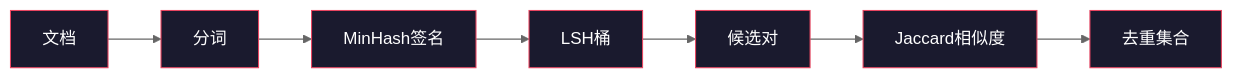
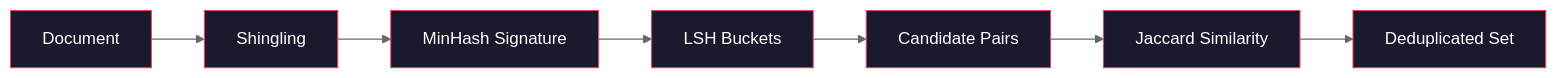
The second of 3 diagrams in i18n/zh/phases/10-llms-from-scratch/03-data-pipelines/docs/zh.md (xiaojiaenen/ai-engineering-from-scratch-zh), drawn with Mermaid (neutral theme) before and after one commit. The commit also changed other lines of this file and 24 other files, not shown here.

````diff
--- a/i18n/zh/phases/10-llms-from-scratch/03-data-pipelines/docs/zh.md
+++ b/i18n/zh/phases/10-llms-from-scratch/03-data-pipelines/docs/zh.md
@@ -99,17 +99,17 @@
 ```mermaid
 graph LR
-    A[文档] --> B[分词]
-    B --> C[MinHash签名]
-    C --> D[LSH桶]
-    D --> E[候选对]
-    E --> F[Jaccard相似度]
-    F --> G[去重集合]
+    A[Document] --> B[Shingling]
+    B --> C[MinHash Signature]
+    C --> D[LSH Buckets]
+    D --> E[Candidate Pairs]
+    E --> F[Jaccard Similarity]
+    F --> G[Deduplicated Set]
 
     style A fill:#1a1a2e,stroke:#e94560,color:#fff
     style B fill:#1a1a2e,stroke:#e94560,color:#fff
     style C fill:#1a1a2e,stroke:#e94560,color:#fff
     style D fill:#1a1a2e,stroke:#e94560,color:#fff
     style E fill:#1a1a2e,stroke:#e94560,color:#fff
     style F fill:#1a1a2e,stroke:#e94560,color:#fff
     style G fill:#1a1a2e,stroke:#e94560,color:#fff
 ```
````
